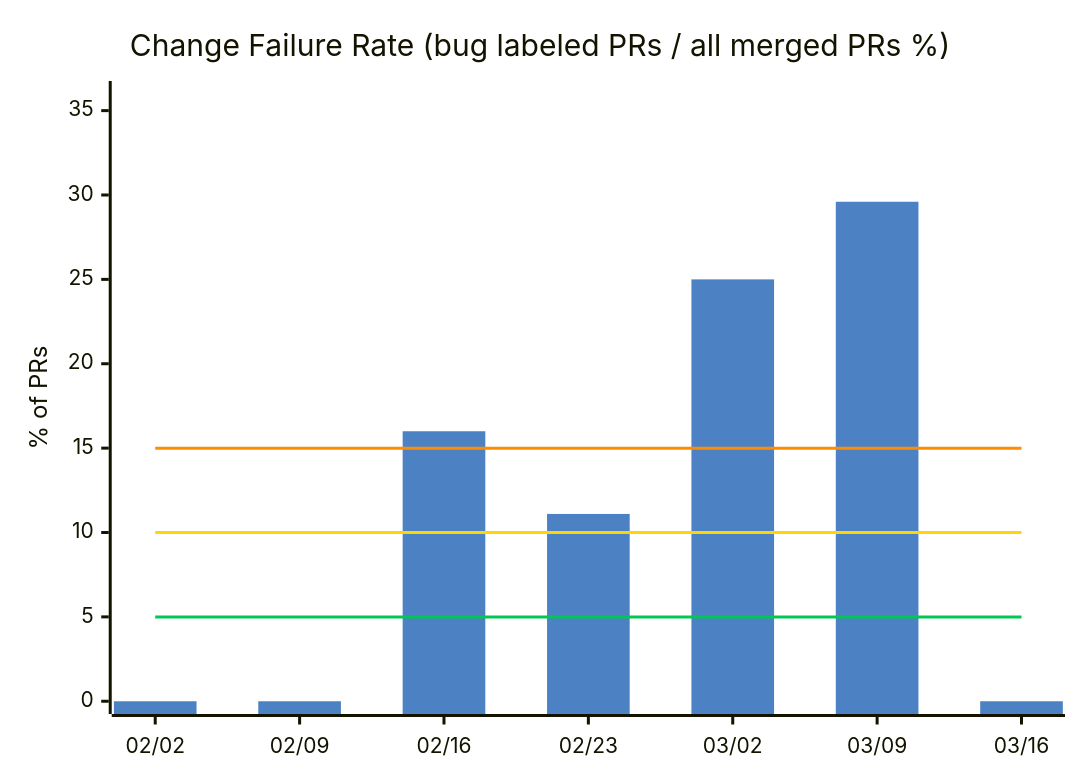
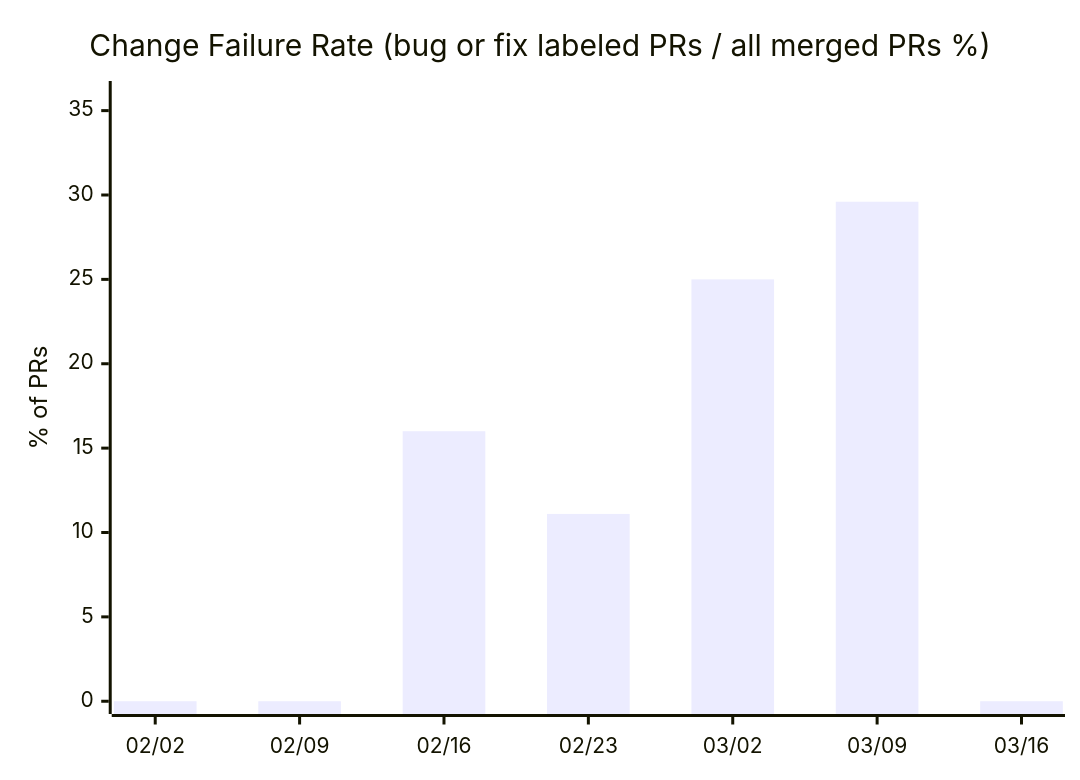
One commit to nablarch/nabledge-dev changed the third of 14 diagrams in docs/metrics.md. Above: the diagram before and after it, drawn with Mermaid. The commit also changed other lines of this file, not shown here.

````diff
--- a/docs/metrics.md
+++ b/docs/metrics.md
@@ -61,11 +41,7 @@
 ```mermaid
-%%{init: {'theme': 'base', 'themeVariables': {'xyChart': {'plotColorPalette': '#4C82C3,#00C853,#FFD600,#FF8C00'}}}}%%
 xychart-beta
-  title "Change Failure Rate (bug labeled PRs / all merged PRs %)"
+  title "Change Failure Rate (bug or fix labeled PRs / all merged PRs %)"
   x-axis ["02/02", "02/09", "02/16", "02/23", "03/02", "03/09", "03/16"]
   y-axis "% of PRs" 0 --> 36
   bar [0, 0, 16, 11.1, 25, 29.6, 0]
-  line [5, 5, 5, 5, 5, 5, 5]
-  line [10, 10, 10, 10, 10, 10, 10]
-  line [15, 15, 15, 15, 15, 15, 15]
 ```
````
